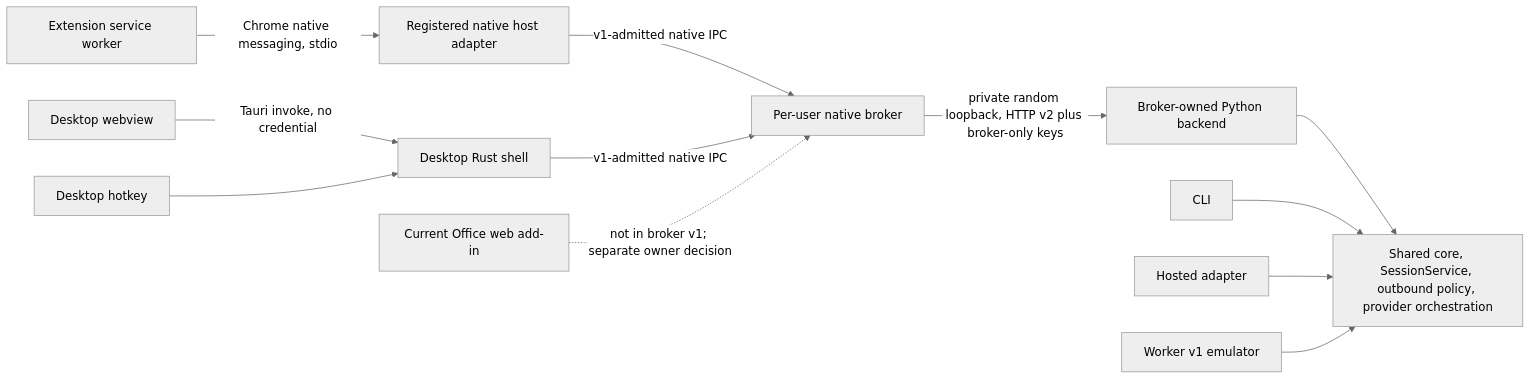
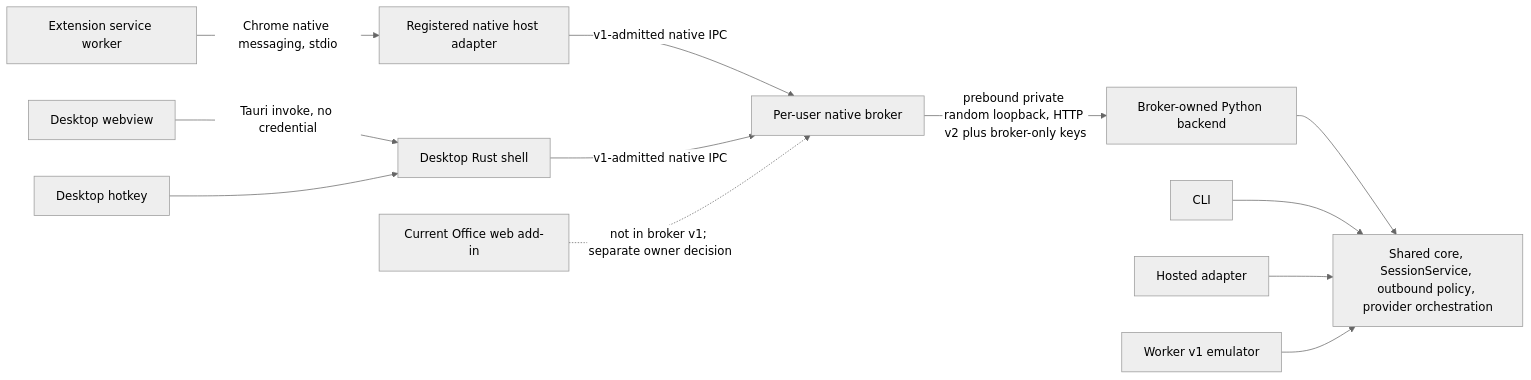
One commit to Teerapat-Vatpitak/thai-pii-redaction changed the diagram in docs/decisions/2026-08-07-native-broker.md. Above: the diagram before and after it, drawn with Mermaid (neutral theme). The commit also changed other lines of this file, not shown here.

Commit message:
docs: preserve broker outbound trust boundaries

````diff
--- a/docs/decisions/2026-08-07-native-broker.md
+++ b/docs/decisions/2026-08-07-native-broker.md
@@ -287,14 +313,14 @@
 ```mermaid
 flowchart LR
     EXT["Extension service worker"] -->|Chrome native messaging, stdio| NM["Registered native host adapter"]
     NM -->|v1-admitted native IPC| B["Per-user native broker"]
     DW["Desktop webview"] -->|Tauri invoke, no credential| DR["Desktop Rust shell"]
     DH["Desktop hotkey"] --> DR
     DR -->|v1-admitted native IPC| B
-    B -->|private random loopback, HTTP v2 plus broker-only keys| PY["Broker-owned Python backend"]
+    B -->|prebound private random loopback, HTTP v2 plus broker-only keys| PY["Broker-owned Python backend"]
     PY --> CORE["Shared core, SessionService, outbound policy, provider orchestration"]
     OFF["Current Office web add-in"] -. "not in broker v1; separate owner decision" .-> B
     CLI["CLI"] --> CORE
     HOST["Hosted adapter"] --> CORE
     WORK["Worker v1 emulator"] --> CORE
 ```
````
